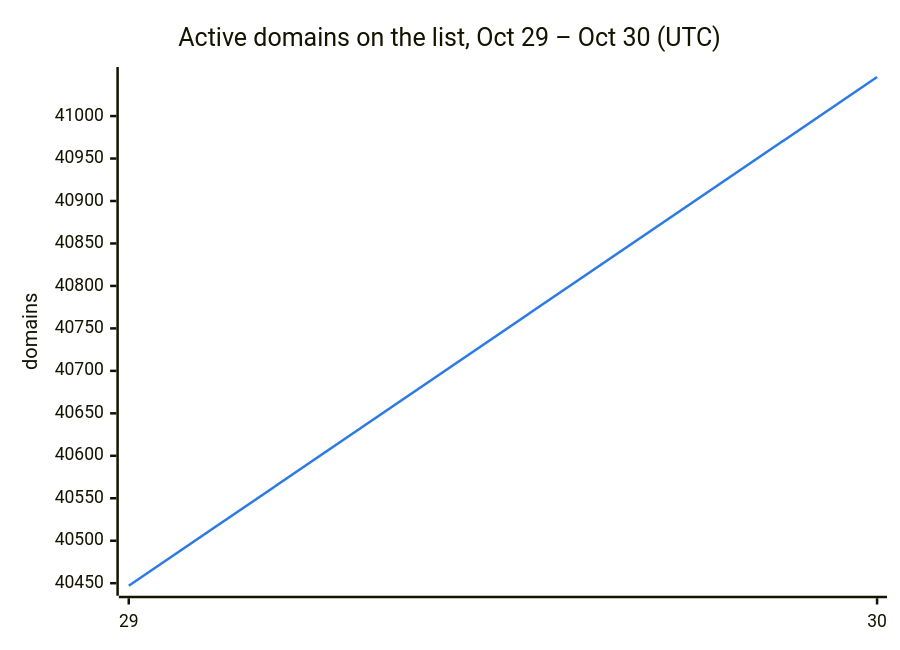
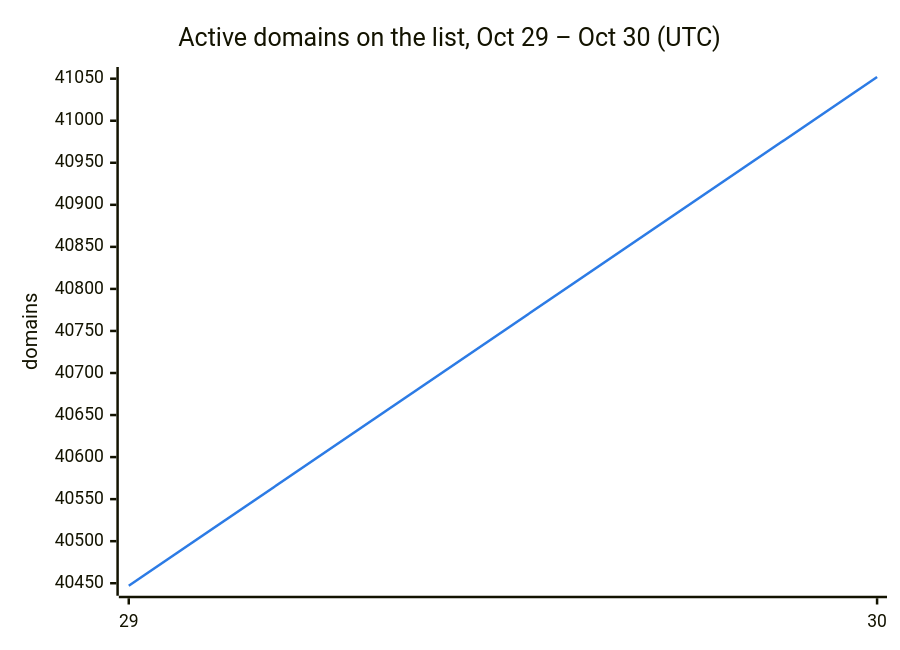
The second of 3 diagrams in README.md (DNSBunker/CTI), drawn with Mermaid before and after one commit. The commit also changed other lines of this file and 3 other files, not shown here.

````diff
--- a/README.md
+++ b/README.md
@@ -38,8 +38,8 @@
 ```mermaid
 %%{init: {"themeVariables": {"xyChart": {"plotColorPalette": "#2c7be5"}}}}%%
 xychart-beta
     title "Active domains on the list, Oct 29 – Oct 30 (UTC)"
     x-axis ["29", "30"]
     y-axis "domains"
-    line [40447, 41046]
+    line [40447, 41052]
 ```
````
